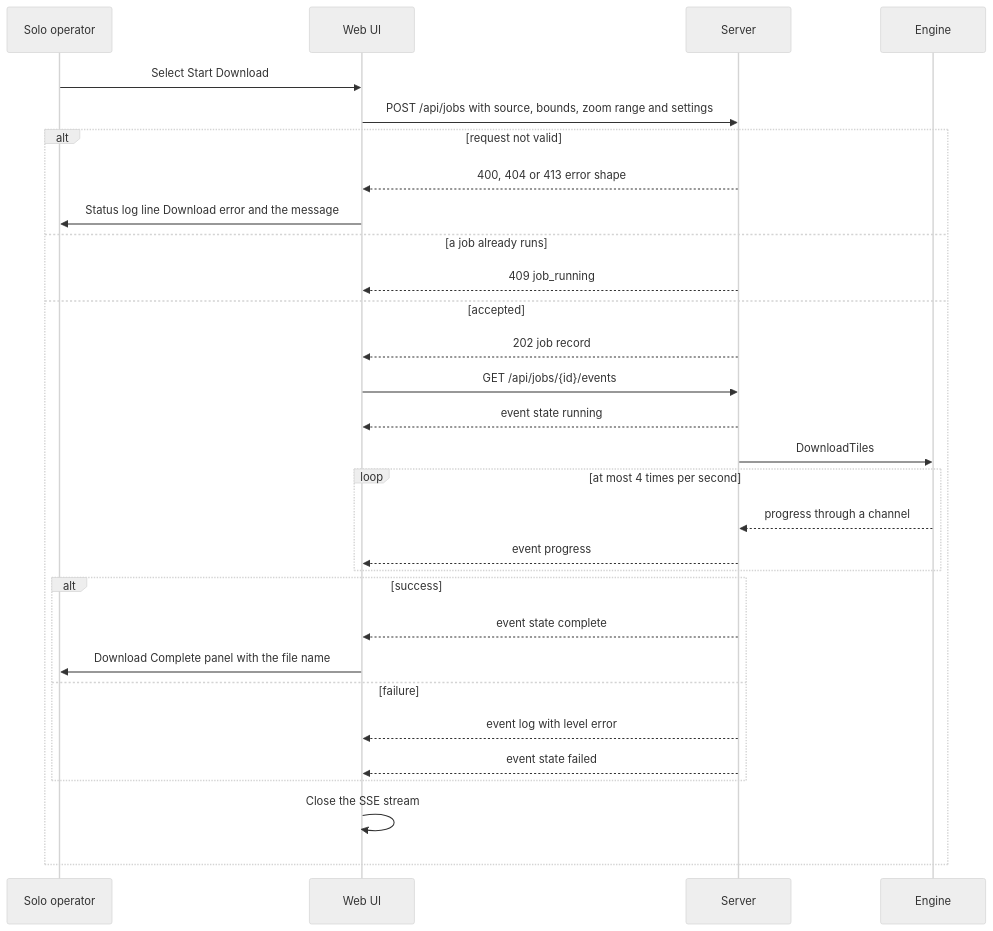
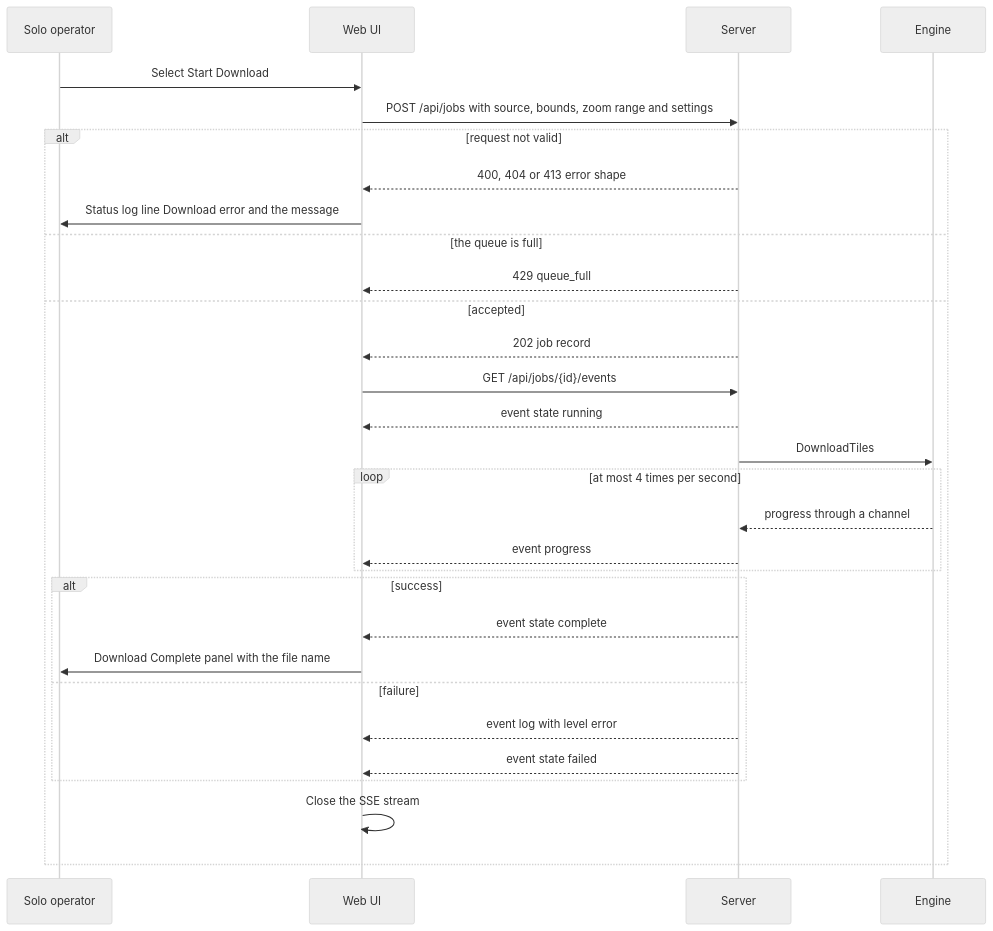
Before and after one commit to Crank-Git/ATAKMapDownloader: the first of 3 diagrams in docs/specs/features/04-web-ui.md, drawn with Mermaid (neutral theme). The commit also changed other lines of this file and 9 other files, not shown here.

````diff
--- a/docs/specs/features/04-web-ui.md
+++ b/docs/specs/features/04-web-ui.md
@@ -82,32 +83,32 @@
 ```mermaid
 sequenceDiagram
     participant U as Solo operator
     participant W as Web UI
     participant S as Server
     participant E as Engine
     U->>W: Select Start Download
     W->>S: POST /api/jobs with source, bounds, zoom range and settings
     alt request not valid
         S-->>W: 400, 404 or 413 error shape
         W->>U: Status log line Download error and the message
-    else a job already runs
-        S-->>W: 409 job_running
+    else the queue is full
+        S-->>W: 429 queue_full
     else accepted
         S-->>W: 202 job record
         W->>S: GET /api/jobs/{id}/events
         S-->>W: event state running
         S->>E: DownloadTiles
         loop at most 4 times per second
             E-->>S: progress through a channel
             S-->>W: event progress
         end
         alt success
             S-->>W: event state complete
             W->>U: Download Complete panel with the file name
         else failure
             S-->>W: event log with level error
             S-->>W: event state failed
         end
         W->>W: Close the SSE stream
     end
 ```
````
